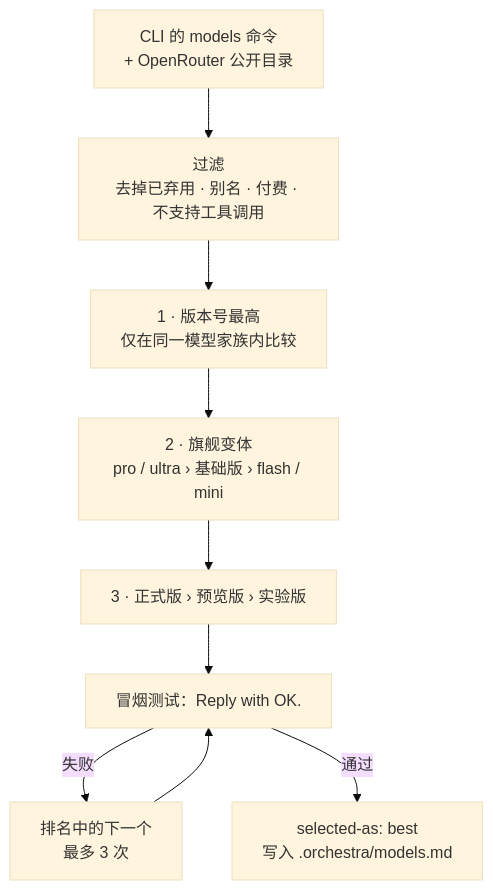
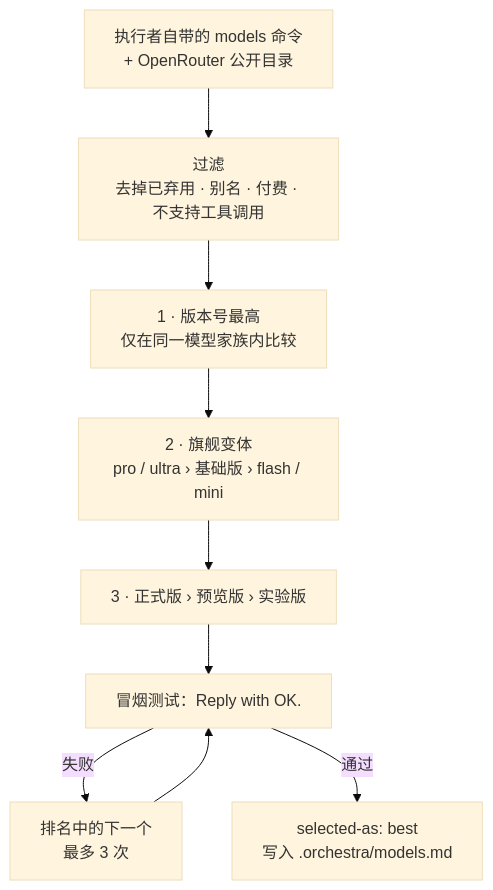
Before and after one commit to yoelkh/orkestraku: the third of 3 diagrams in README.zh-CN.md, drawn with Mermaid (base theme). The commit also changed other lines of this file and 9 other files, not shown here.

````diff
--- a/README.zh-CN.md
+++ b/README.zh-CN.md
@@ -84,10 +126,10 @@
 ```mermaid
 flowchart TD
-    C["CLI 的 models 命令<br/>+ OpenRouter 公开目录"] --> F["过滤<br/>去掉已弃用 · 别名 · 付费 · 不支持工具调用"]
+    C["执行者自带的 models 命令<br/>+ OpenRouter 公开目录"] --> F["过滤<br/>去掉已弃用 · 别名 · 付费 · 不支持工具调用"]
     F --> R1["1 · 版本号最高<br/>仅在同一模型家族内比较"]
     R1 --> R2["2 · 旗舰变体<br/>pro / ultra › 基础版 › flash / mini"]
     R2 --> R3["3 · 正式版 › 预览版 › 实验版"]
     R3 --> T["冒烟测试：Reply with OK."]
     T -- 失败 --> N["排名中的下一个<br/>最多 3 次"] --> T
     T -- 通过 --> SEL["selected-as: best<br/>写入 .orchestra/models.md"]
 ```
````
